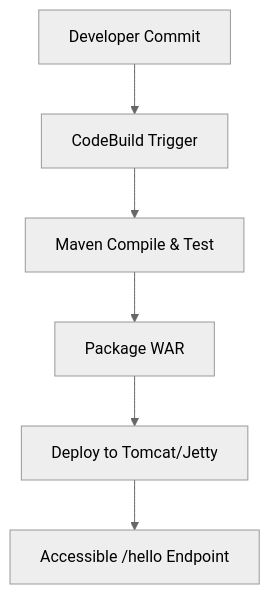
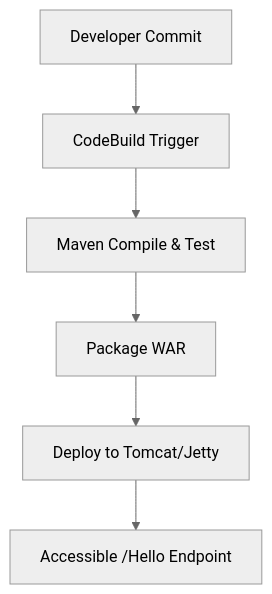
Before and after one commit to obintui10/devops-workflow: the diagram in README.md, drawn with Mermaid (neutral theme).

````diff
--- a/README.md
+++ b/README.md
@@ -59,8 +59,8 @@
 ```mermaid
 flowchart TD
     A[Developer Commit] --> B[CodeBuild Trigger]
     B --> C[Maven Compile & Test]
     C --> D[Package WAR]
     D --> E[Deploy to Tomcat/Jetty]
-    E --> F[Accessible /hello Endpoint]
+    E --> F[Accessible /Hello Endpoint]
 ```
````
